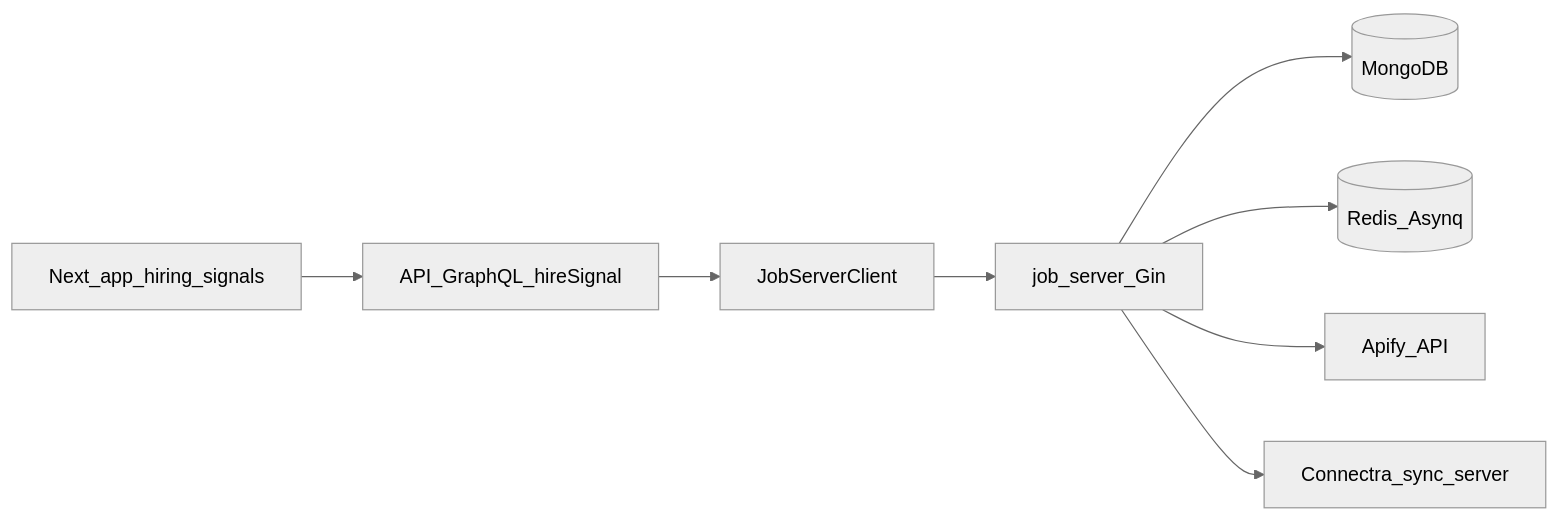
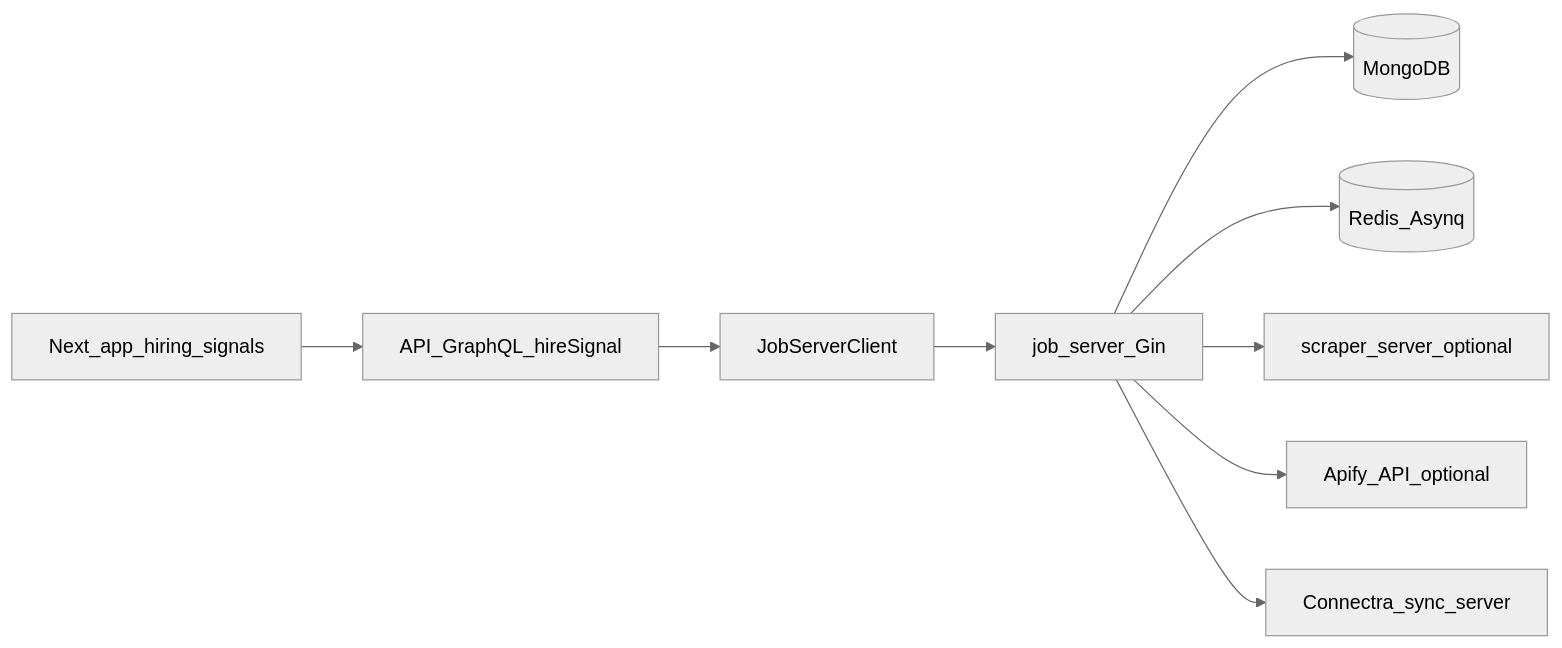
Before and after one commit to thekoushikdurgas/docsai: the diagram in backend/endpoints/job.server/HIRING-SIGNALS-FULL-CONTRACT.md, drawn with Mermaid (neutral theme). The commit also changed other lines of this file and 62 other files, not shown here.

````diff
--- a/backend/endpoints/job.server/HIRING-SIGNALS-FULL-CONTRACT.md
+++ b/backend/endpoints/job.server/HIRING-SIGNALS-FULL-CONTRACT.md
@@ -8,10 +8,11 @@
 ```mermaid
 flowchart LR
   app[Next_app_hiring_signals] --> gql[API_GraphQL_hireSignal]
   gql --> client[JobServerClient]
   client --> js[job_server_Gin]
   js --> mongo[(MongoDB)]
   js --> redis[(Redis_Asynq)]
-  js --> apify[Apify_API]
+  js --> scrape[scraper_server_optional]
+  js --> apify[Apify_API_optional]
   js --> sync[Connectra_sync_server]
 ```
````
